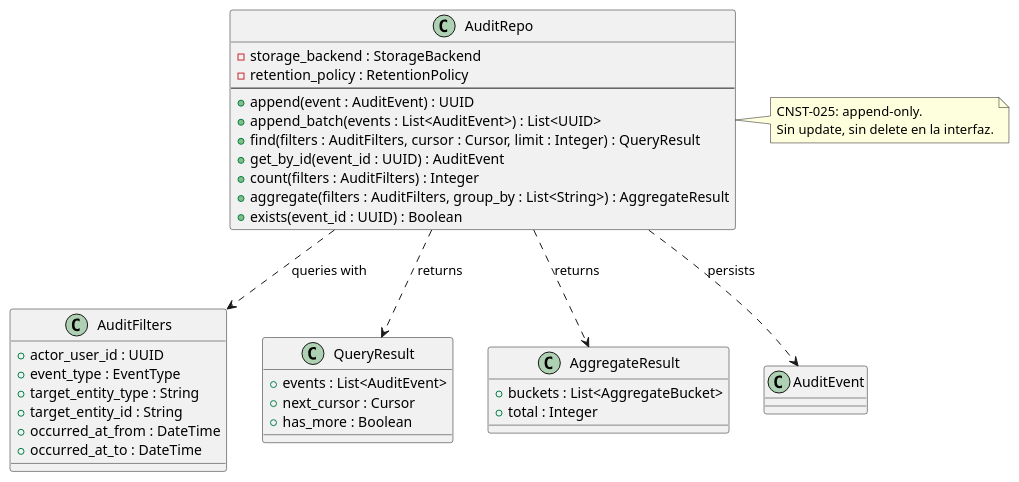
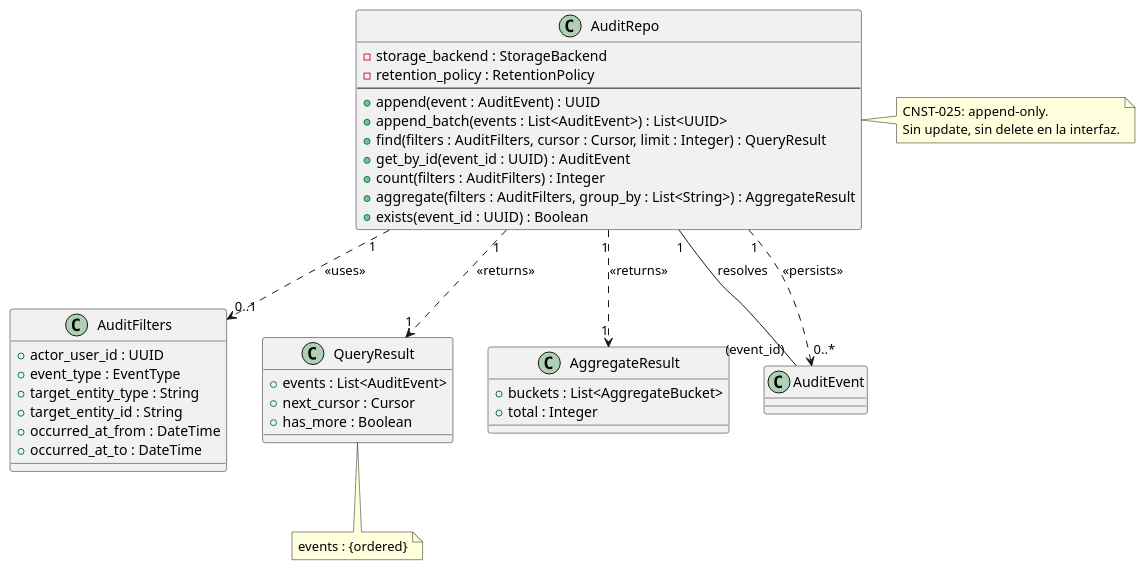
The diagram in source/arquitectura-tecnica/domain-model/audit-repo.rst (jcg-admin/IACT-docs), drawn with PlantUML before and after one commit. The commit also changed 27 other files, not shown here.

First line of the commit message:
Apply UML rigor pass batch 2: Audit + Alerts + RBAC repos

```diff
--- a/source/arquitectura-tecnica/domain-model/audit-repo.rst
+++ b/source/arquitectura-tecnica/domain-model/audit-repo.rst
@@ -31,52 +31,57 @@
 .. uml::
  :caption: Clase AuditRepo — repositorio append-only para
            AuditEvent (CNST-025).
 
  @startuml
 
  class AuditRepo {
    - storage_backend : StorageBackend
    - retention_policy : RetentionPolicy
    --
    + append(event : AuditEvent) : UUID
    + append_batch(events : List<AuditEvent>) : List<UUID>
    + find(filters : AuditFilters, cursor : Cursor, limit : Integer) : QueryResult
    + get_by_id(event_id : UUID) : AuditEvent
    + count(filters : AuditFilters) : Integer
    + aggregate(filters : AuditFilters, group_by : List<String>) : AggregateResult
    + exists(event_id : UUID) : Boolean
  }
 
  class AuditFilters {
    + actor_user_id : UUID
    + event_type : EventType
    + target_entity_type : String
    + target_entity_id : String
    + occurred_at_from : DateTime
    + occurred_at_to : DateTime
  }
 
  class QueryResult {
    + events : List<AuditEvent>
    + next_cursor : Cursor
    + has_more : Boolean
  }
 
  class AggregateResult {
    + buckets : List<AggregateBucket>
    + total : Integer
  }
 
  class AuditEvent
 
- AuditRepo ..> AuditEvent : persists
- AuditRepo ..> AuditFilters : queries with
- AuditRepo ..> QueryResult : returns
- AuditRepo ..> AggregateResult : returns
+ AuditRepo "1" -- "(event_id)" AuditEvent : resolves
+ AuditRepo "1" ..> "0..*" AuditEvent : <<persists>>
+ AuditRepo "1" ..> "0..1" AuditFilters : <<uses>>
+ AuditRepo "1" ..> "1" QueryResult : <<returns>>
+ AuditRepo "1" ..> "1" AggregateResult : <<returns>>
+
+ note bottom of QueryResult
+   events : {ordered}
+ end note
 
  note right of AuditRepo
    CNST-025: append-only.
    Sin update, sin delete en la interfaz.
  end note
 
  @enduml
```
